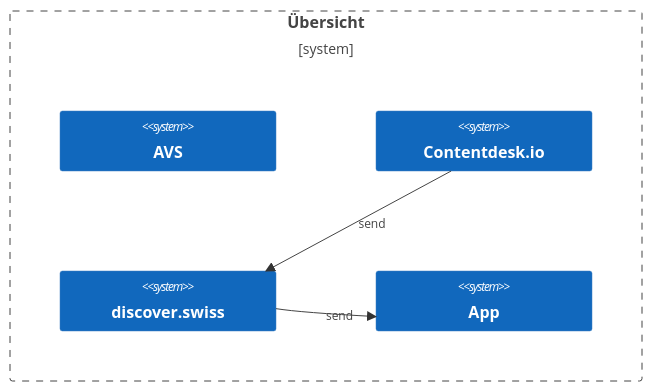
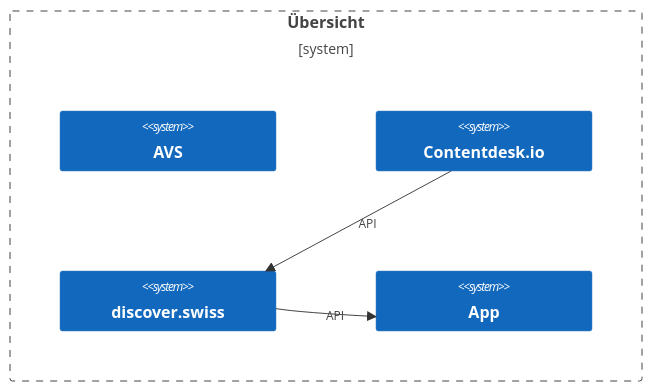
One commit to tsolenthaler/docs.contentdesk.io changed the first of 6 diagrams in docs/dev/projects/glarnerlandApp.md. Above: the diagram before and after it, drawn with Mermaid. The commit also changed other lines of this file, not shown here.

Commit message:
Refactor graph orientation to top-down in glarnerlandApp.md

````diff
--- a/docs/dev/projects/glarnerlandApp.md
+++ b/docs/dev/projects/glarnerlandApp.md
@@ -23,12 +23,12 @@
 ``` mermaid
 C4Context
     Boundary("b1","Übersicht"){
         System(avs, "AVS")
         System(cd, "Contentdesk.io")
         System(discover, "discover.swiss")
         System(app, "App")
     }
 
-    Rel(cd, discover, "send")
-    Rel(discover, app, "send")
+    Rel(cd, discover, "API")
+    Rel(discover, app, "API")
 ```
````
